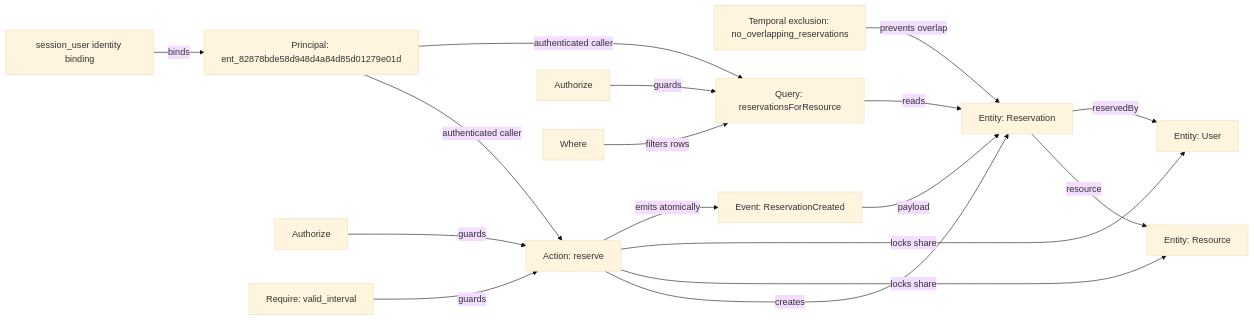
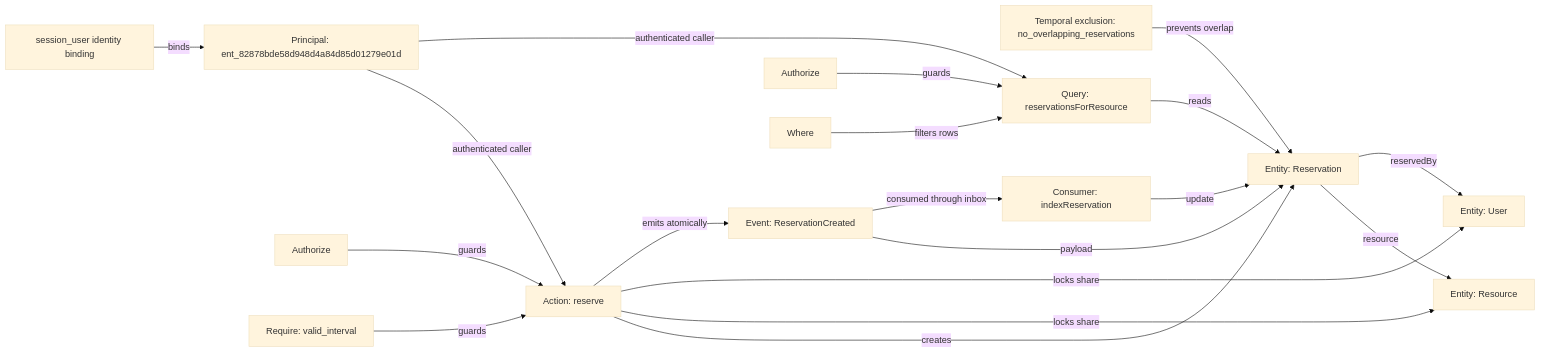
One commit to atlanticplatformgroup/ModelLang changed the diagram in generated/reservations/model.mmd. Above: the diagram before and after it, drawn with Mermaid (base theme). The commit also changed 112 other files, not shown here.

```diff
--- a/generated/reservations/model.mmd
+++ b/generated/reservations/model.mmd
@@ -1,25 +1,28 @@
 flowchart LR
   identity["session_user identity binding"]
   principal["Principal: ent_82878bde58d948d4a84d85d01279e01d"]
   identity -->|binds| principal
   entity_ent_82878bde58d948d4a84d85d01279e01d["Entity: User"]
   entity_ent_7cb2307972954d83a6f344764faaae39["Entity: Resource"]
   entity_ent_ba2d028e915841d1ab90adfa40d38404["Entity: Reservation"]
   entity_ent_ba2d028e915841d1ab90adfa40d38404 -->|resource| entity_ent_7cb2307972954d83a6f344764faaae39
   entity_ent_ba2d028e915841d1ab90adfa40d38404 -->|reservedBy| entity_ent_82878bde58d948d4a84d85d01279e01d
   exclusion_exc_d55bab6e14884cd5a7d2bacfc30458ba["Temporal exclusion: no_overlapping_reservations"] -->|prevents overlap| entity_ent_ba2d028e915841d1ab90adfa40d38404
   event_evt_40d694c9a0a274dc79c6168e47d25968["Event: ReservationCreated"]
   event_evt_40d694c9a0a274dc79c6168e47d25968 -->|payload| entity_ent_ba2d028e915841d1ab90adfa40d38404
   action_act_508ad810a19d4b79a5009871de5cd26b["Action: reserve"]
   principal -->|authenticated caller| action_act_508ad810a19d4b79a5009871de5cd26b
   action_act_508ad810a19d4b79a5009871de5cd26b -->|creates| entity_ent_ba2d028e915841d1ab90adfa40d38404
   authorize_action_act_508ad810a19d4b79a5009871de5cd26b["Authorize"] -->|guards| action_act_508ad810a19d4b79a5009871de5cd26b
   require_action_act_508ad810a19d4b79a5009871de5cd26b_valid_interval["Require: valid_interval"] -->|guards| action_act_508ad810a19d4b79a5009871de5cd26b
   action_act_508ad810a19d4b79a5009871de5cd26b -->|locks share| entity_ent_7cb2307972954d83a6f344764faaae39
   action_act_508ad810a19d4b79a5009871de5cd26b -->|locks share| entity_ent_82878bde58d948d4a84d85d01279e01d
   action_act_508ad810a19d4b79a5009871de5cd26b -->|emits atomically| event_evt_40d694c9a0a274dc79c6168e47d25968
+  consumer_con_20d694c9a0a274dc79c6168e47d25968["Consumer: indexReservation"]
+  event_evt_40d694c9a0a274dc79c6168e47d25968 -->|consumed through inbox| consumer_con_20d694c9a0a274dc79c6168e47d25968
+  consumer_con_20d694c9a0a274dc79c6168e47d25968 -->|update| entity_ent_ba2d028e915841d1ab90adfa40d38404
   query_qry_94d8a56f4c2640fab58a4c2190c35c69["Query: reservationsForResource"]
   principal -->|authenticated caller| query_qry_94d8a56f4c2640fab58a4c2190c35c69
   query_qry_94d8a56f4c2640fab58a4c2190c35c69 -->|reads| entity_ent_ba2d028e915841d1ab90adfa40d38404
   authorize_query_qry_94d8a56f4c2640fab58a4c2190c35c69["Authorize"] -->|guards| query_qry_94d8a56f4c2640fab58a4c2190c35c69
   where_query_qry_94d8a56f4c2640fab58a4c2190c35c69["Where"] -->|filters rows| query_qry_94d8a56f4c2640fab58a4c2190c35c69
```
